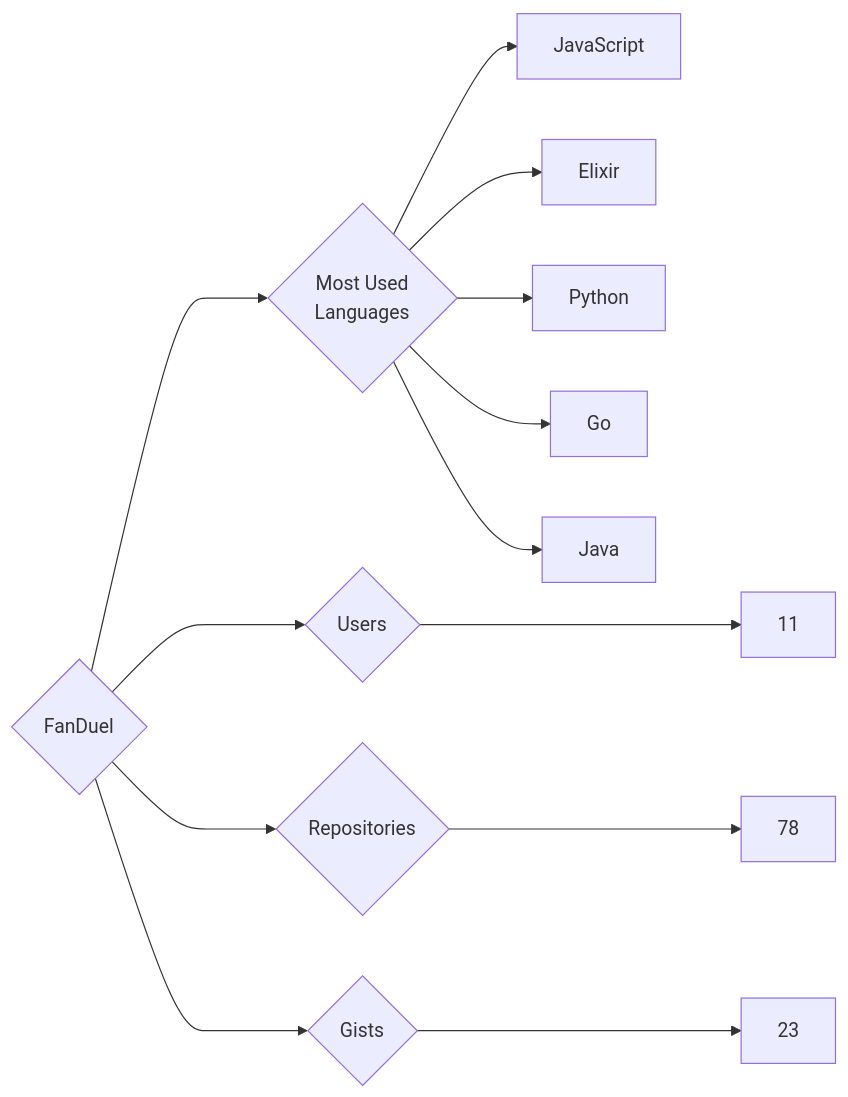
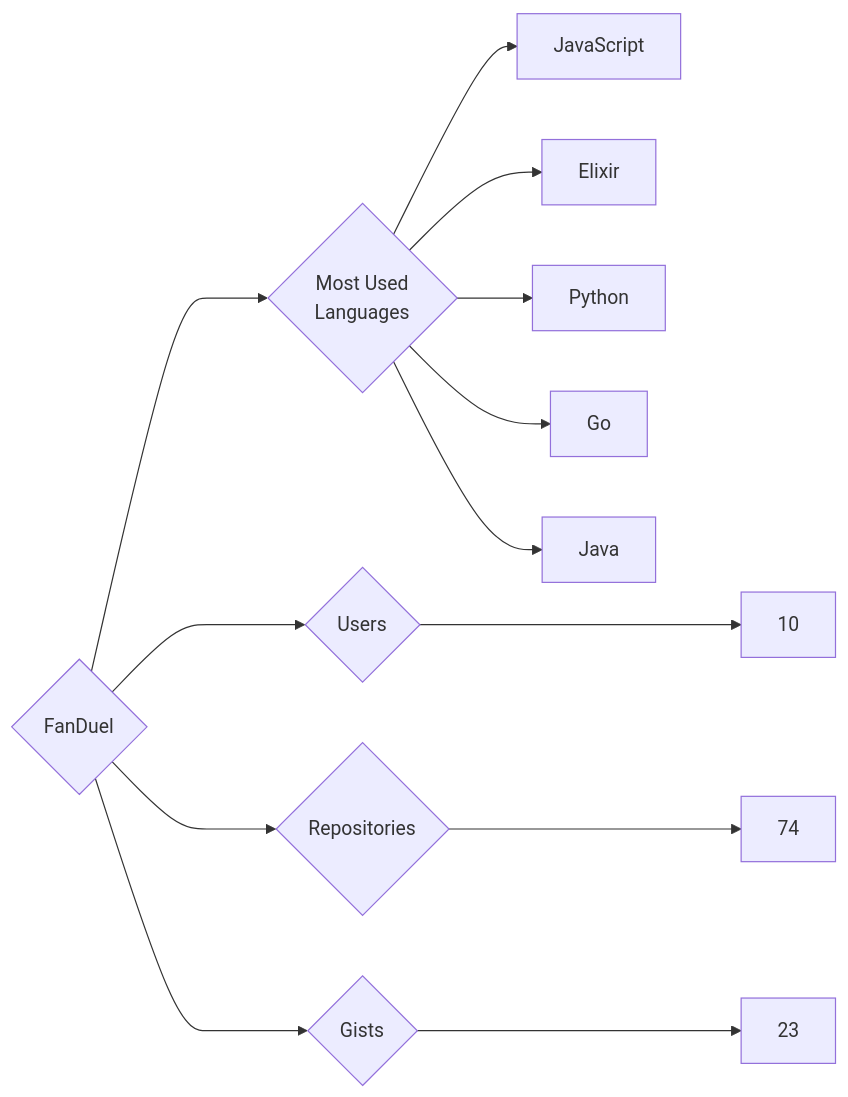
The diagram in targets/FanDuel/README.md (trickest/insiders), drawn with Mermaid before and after one commit. The commit also changed 782 other files, not shown here.

````diff
--- a/targets/FanDuel/README.md
+++ b/targets/FanDuel/README.md
@@ -3,13 +3,13 @@
 ```mermaid
 graph LR
 COMPANY_NAME{FanDuel}
-COMPANY_NAME ---> U{Users} ---> UN[11]
-COMPANY_NAME ---> R{Repositories} ---> RN[78]
+COMPANY_NAME ---> U{Users} ---> UN[10]
+COMPANY_NAME ---> R{Repositories} ---> RN[74]
 COMPANY_NAME ---> G{Gists} ---> GN[23]
 COMPANY_NAME ---> ML{Most Used<br>Languages}
 ML --> JavaScript[JavaScript]
 ML --> Elixir[Elixir]
 ML --> Python[Python]
 ML --> Go[Go]
 ML --> Java[Java]
 ```
````
